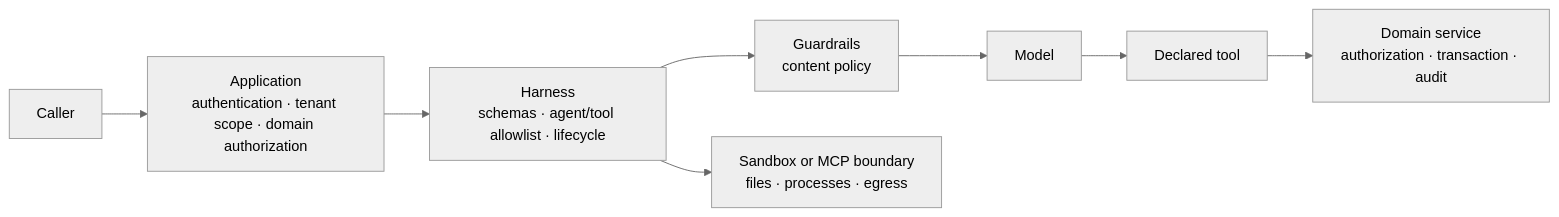
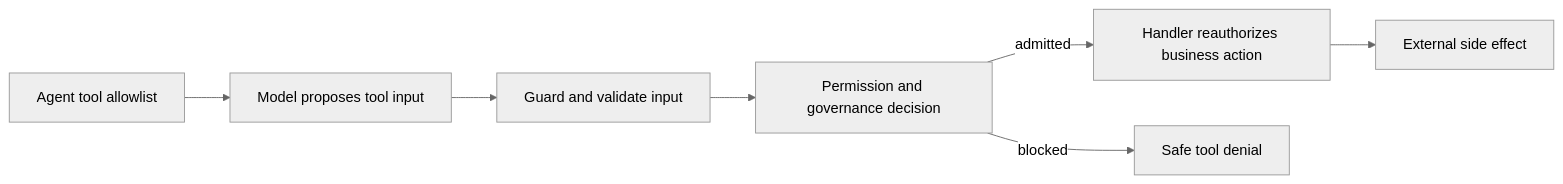
One commit to puristajs/purista changed the diagram in web/src/content/handbook/harness/secure-and-govern/index.md. Above: the diagram before and after it, drawn with Mermaid (neutral theme). The commit also changed other lines of this file and 296 other files, not shown here.

````diff
--- a/web/src/content/handbook/harness/secure-and-govern/index.md
+++ b/web/src/content/handbook/harness/secure-and-govern/index.md
@@ -13,10 +17,9 @@
-```mermaid title="Agent security responsibilities"
+```mermaid title="From available capability to authorized effect"
 flowchart LR
-  caller[Caller] --> app[Application\nauthentication · tenant scope · domain authorization]
-  app --> harness[Harness\nschemas · agent/tool allowlist · lifecycle]
-  harness --> rails[Guardrails\ncontent policy]
-  rails --> model[Model]
-  model --> tool[Declared tool]
-  tool --> domain[Domain service\nauthorization · transaction · audit]
-  harness --> sandbox[Sandbox or MCP boundary\nfiles · processes · egress]
+  allowlist[Agent tool allowlist] --> proposal[Model proposes tool input]
+  proposal --> validation[Guard and validate input]
+  validation --> governance[Permission and governance decision]
+  governance -->|admitted| handler[Handler reauthorizes business action]
+  governance -->|blocked| denial[Safe tool denial]
+  handler --> effect[External side effect]
 ```
````
